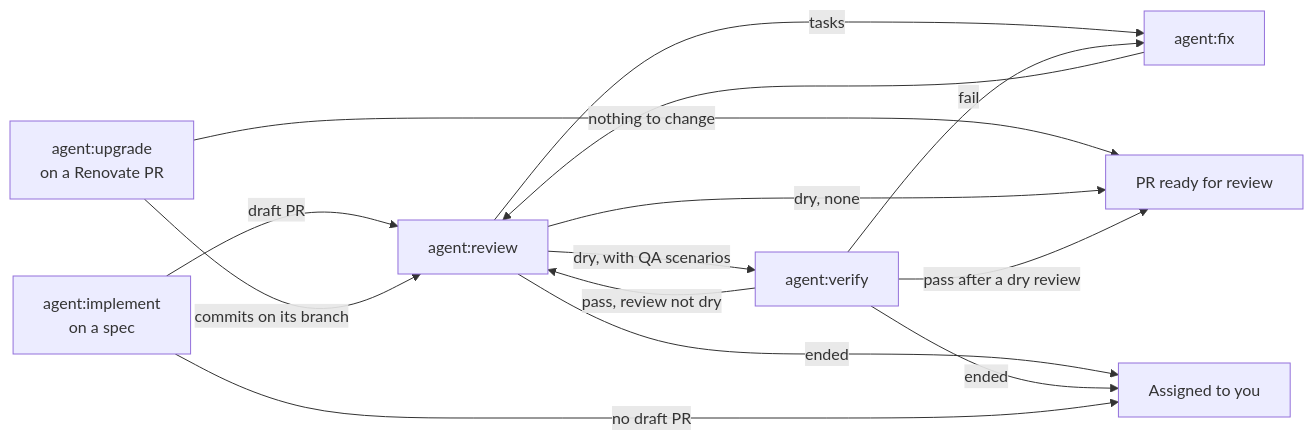
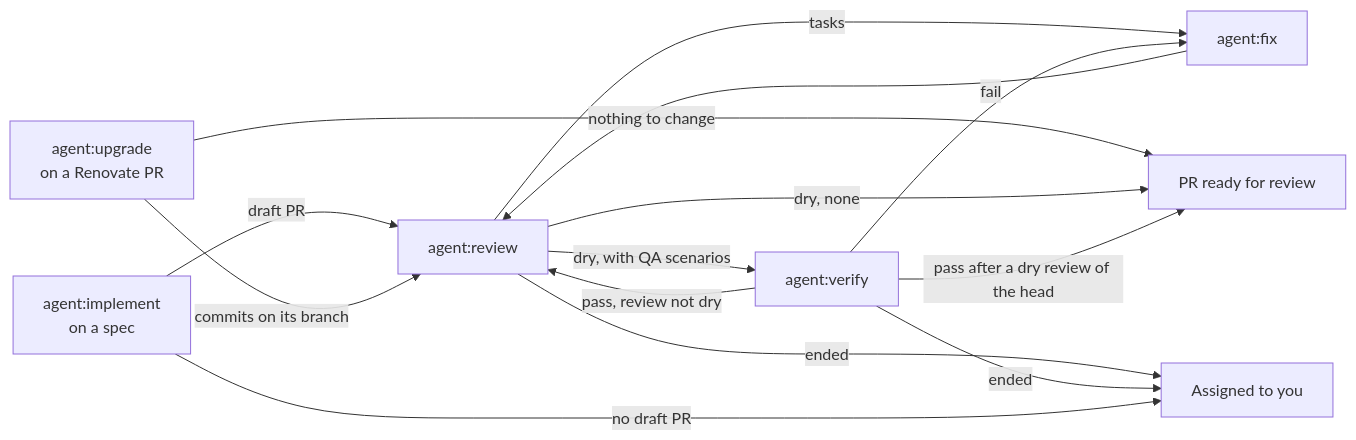
The second of 2 diagrams in apps/software-factory/README.md (jd-solanki/ai), drawn with Mermaid before and after one commit. The commit also changed 3 other files, not shown here.

Commit message:
fix(software-factory): mark ready only after a dry review of the head

````diff
--- a/apps/software-factory/README.md
+++ b/apps/software-factory/README.md
@@ -209,15 +209,15 @@
 ```mermaid
 flowchart LR
   I["agent:implement<br/>on a spec"] -->|"draft PR"| R["agent:review"]
   A["agent:upgrade<br/>on a Renovate PR"] -->|"commits on its branch"| R
   A -->|"nothing to change"| D
   R -->|"tasks"| X["agent:fix"] --> R
   R -->|"dry, with QA scenarios"| V["agent:verify"]
   R -->|"dry, none"| D["PR ready for review"]
-  V -->|"pass after a dry review"| D
+  V -->|"pass after a dry review of the head"| D
   V -->|"pass, review not dry"| R
   V -->|"fail"| X
   R -->|"ended"| H["Assigned to you"]
   V -->|"ended"| H
   I -->|"no draft PR"| H
 ```
````
